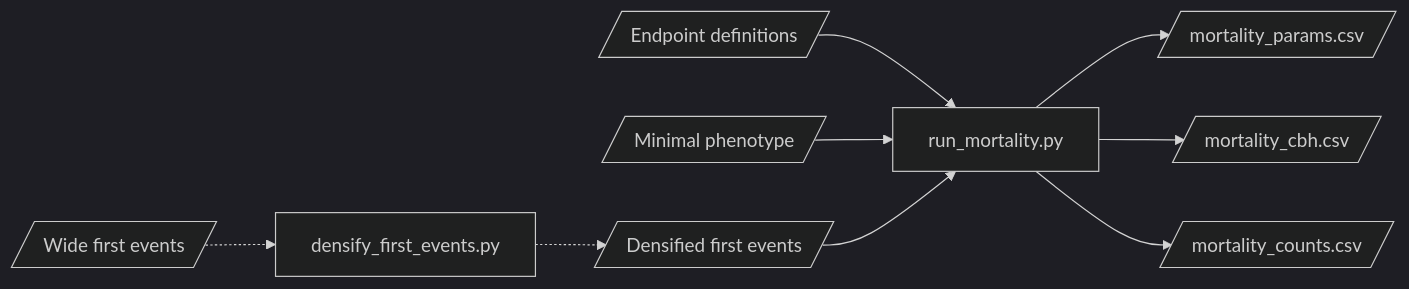
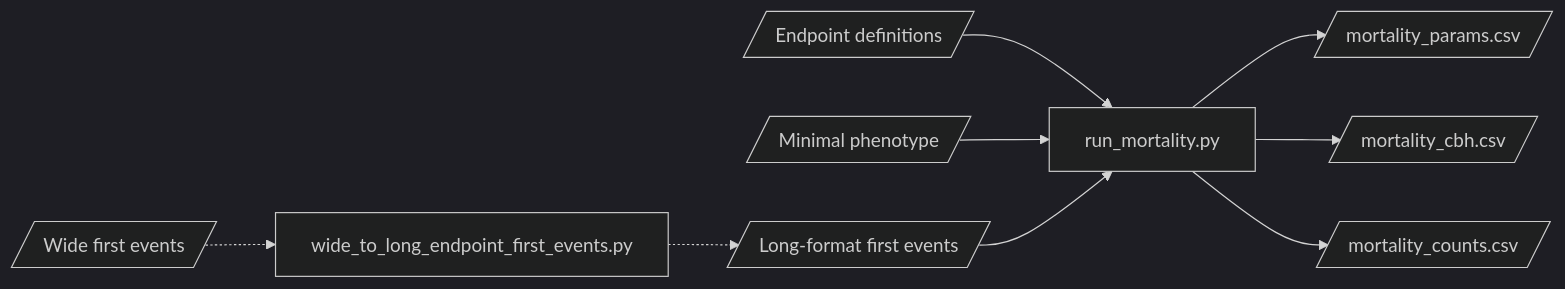
One commit to dsgelab/risteys changed the fourth of 6 diagrams in pipeline/README.md. Above: the diagram before and after it, drawn with Mermaid (dark theme). The commit also changed other lines of this file and 6 other files, not shown here.

Commit message:
pipe: rename densify script to wide_to_long_...

````diff
--- a/pipeline/README.md
+++ b/pipeline/README.md
@@ -132,11 +132,11 @@
 ```mermaid
   graph LR;
-    id0[/Wide first events/] -.-> densify_first_events.py
-    densify_first_events.py -.-> id3
+    id0[/Wide first events/] -.-> wide_to_long_endpoint_first_events.py
+    wide_to_long_endpoint_first_events.py -.-> id3
     id1[/Endpoint definitions/] --> run_mortality.py
     id2[/Minimal phenotype/] --> run_mortality.py
-    id3[/Densified first events/] --> run_mortality.py
+    id3[/Long-format first events/] --> run_mortality.py
     run_mortality.py --> id4[/mortality_params.csv/]
     run_mortality.py --> id5[/mortality_cbh.csv/]
     run_mortality.py --> id6[/mortality_counts.csv/]
 ```
````
